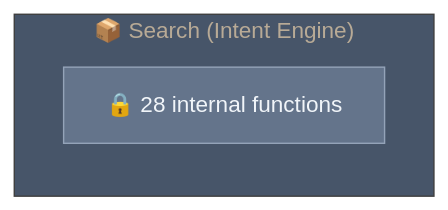
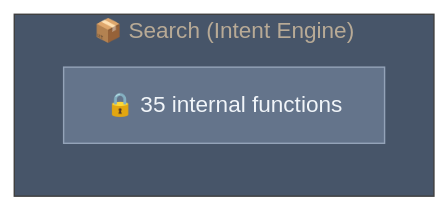
One commit to Ansh-dhanani/mikk changed the diagram in .mikk/diagrams/capsules/packages-intent-engine.mmd. Above: the diagram before and after it, drawn with Mermaid. The commit also changed 47 other files, not shown here.

Commit message:
feat: Introduce new CLI commands, core parsing and contract logic, MCP server, AI context, and diagram generation infrastructure.

```diff
--- a/.mikk/diagrams/capsules/packages-intent-engine.mmd
+++ b/.mikk/diagrams/capsules/packages-intent-engine.mmd
@@ -1,12 +1,12 @@
 %%{init: {"theme": "base", "themeVariables": {"primaryColor": "#1e293b", "primaryTextColor": "#e2e8f0", "lineColor": "#64748b", "secondaryColor": "#334155", "tertiaryColor": "#475569", "background": "#0f172a", "mainBkg": "#1e293b", "nodeBorder": "#475569"}}}%%
 graph LR
 
     subgraph packages_intent_engine["📦 Search (Intent Engine)"]
         direction TB
-        internal["🔒 28 internal functions"]
+        internal["🔒 35 internal functions"]
     end
 
 
     classDef publicApi fill:#22c55e,stroke:#4ade80,color:#f0fdf4
     classDef internalApi fill:#64748b,stroke:#94a3b8,color:#f1f5f9
     class internal internalApi
```
